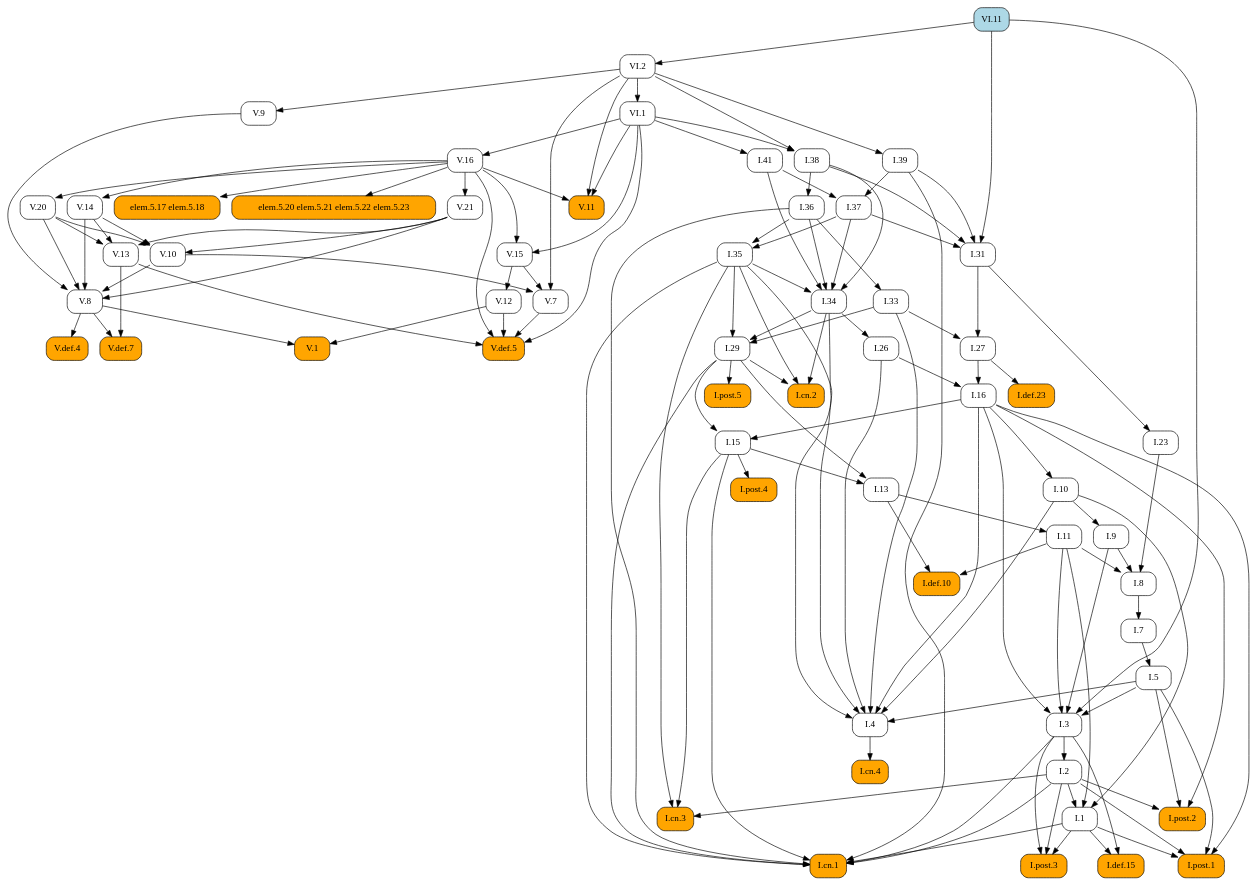
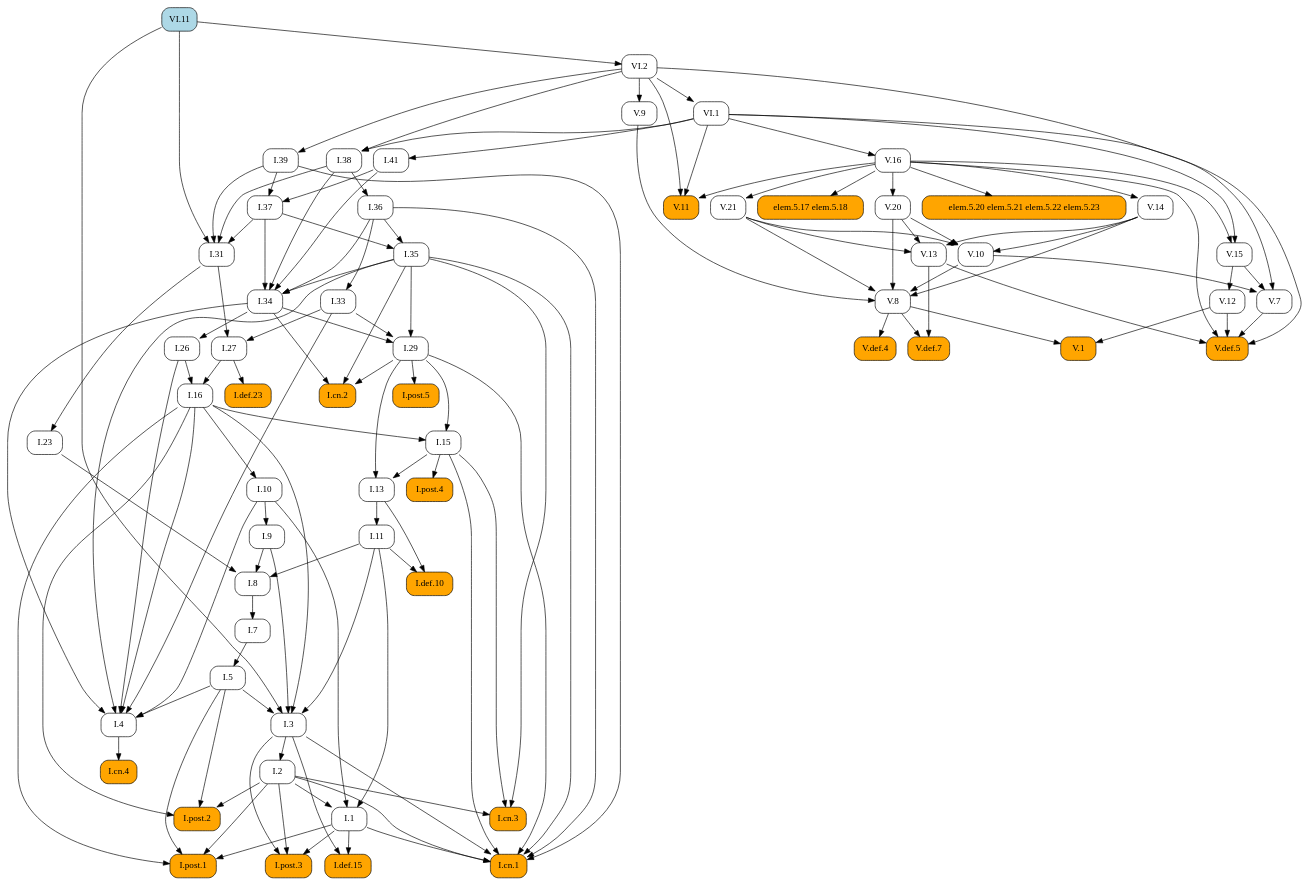
One commit to geometor/elements changed the diagram in docsrc/elements2/VI/11/index.rst. Above: the diagram before and after it, drawn with Graphviz. The commit also changed other lines of this file and 171 other files, not shown here.

```diff
--- a/docsrc/elements2/VI/11/index.rst
+++ b/docsrc/elements2/VI/11/index.rst
@@ -37,165 +37,137 @@
    digraph {
      rankdir="TB";
      node [shape=box, style=rounded];
-     "I.37" [URL="/elements2/I/37/", target="_top"];
+     "I.8" [URL="/elements2/I/8/", target="_top"];
+     "V.20" [URL="/elements2/V/20/", target="_top"];
+     "I.36" [URL="/elements2/I/36/", target="_top"];
+     "V.def.5" [style="rounded,filled", fillcolor=orange, URL="/elements2/V/def.5/", target="_top"];
+     "V.def.7" [style="rounded,filled", fillcolor=orange, URL="/elements2/V/def.7/", target="_top"];
+     "I.post.1" [style="rounded,filled", fillcolor=orange, URL="/elements2/I/post.1/", target="_top"];
+     "V.def.4" [style="rounded,filled", fillcolor=orange, URL="/elements2/V/def.4/", target="_top"];
+     "I.33" [URL="/elements2/I/33/", target="_top"];
+     "I.5" [URL="/elements2/I/5/", target="_top"];
+     "I.38" [URL="/elements2/I/38/", target="_top"];
      "elem.5.17 elem.5.18" [style="rounded,filled", fillcolor=orange];
+     "VI.1" [URL="/elements2/VI/1/", target="_top"];
+     "V.11" [style="rounded,filled", fillcolor=orange, URL="/elements2/V/11/", target="_top"];
+     "I.post.5" [style="rounded,filled", fillcolor=orange, URL="/elements2/I/post.5/", target="_top"];
+     "V.13" [URL="/elements2/V/13/", target="_top"];
+     "I.def.10" [style="rounded,filled", fillcolor=orange, URL="/elements2/I/def.10/", target="_top"];
+     "I.cn.2" [style="rounded,filled", fillcolor=orange, URL="/elements2/I/cn.2/", target="_top"];
+     "VI.11" [style="rounded,filled", fillcolor=lightblue, URL="/elements2/VI/11/", target="_top"];
+     "I.def.15" [style="rounded,filled", fillcolor=orange, URL="/elements2/I/def.15/", target="_top"];
+     "V.9" [URL="/elements2/V/9/", target="_top"];
+     "V.16" [URL="/elements2/V/16/", target="_top"];
+     "I.31" [URL="/elements2/I/31/", target="_top"];
+     "V.15" [URL="/elements2/V/15/", target="_top"];
+     "I.11" [URL="/elements2/I/11/", target="_top"];
+     "I.3" [URL="/elements2/I/3/", target="_top"];
+     "I.post.2" [style="rounded,filled", fillcolor=orange, URL="/elements2/I/post.2/", target="_top"];
+     "I.def.23" [style="rounded,filled", fillcolor=orange, URL="/elements2/I/def.23/", target="_top"];
+     "I.26" [URL="/elements2/I/26/", target="_top"];
+     "V.14" [URL="/elements2/V/14/", target="_top"];
+     "V.10" [URL="/elements2/V/10/", target="_top"];
+     "I.1" [URL="/elements2/I/1/", target="_top"];
+     "I.cn.3" [style="rounded,filled", fillcolor=orange, URL="/elements2/I/cn.3/", target="_top"];
+     "I.cn.4" [style="rounded,filled", fillcolor=orange, URL="/elements2/I/cn.4/", target="_top"];
+     "I.7" [URL="/elements2/I/7/", target="_top"];
+     "I.9" [URL="/elements2/I/9/", target="_top"];
      "V.7" [URL="/elements2/V/7/", target="_top"];
-     "I.def.10" [style="rounded,filled", fillcolor=orange, URL="/elements2/I/def.10/", target="_top"];
-     "I.34" [URL="/elements2/I/34/", target="_top"];
-     "I.def.15" [style="rounded,filled", fillcolor=orange, URL="/elements2/I/def.15/", target="_top"];
-     "V.def.5" [style="rounded,filled", fillcolor=orange, URL="/elements2/V/def.5/", target="_top"];
-     "I.post.3" [style="rounded,filled", fillcolor=orange, URL="/elements2/I/post.3/", target="_top"];
-     "I.cn.4" [style="rounded,filled", fillcolor=orange, URL="/elements2/I/cn.4/", target="_top"];
-     "V.def.7" [style="rounded,filled", fillcolor=orange, URL="/elements2/V/def.7/", target="_top"];
-     "I.41" [URL="/elements2/I/41/", target="_top"];
-     "VI.11" [style="rounded,filled", fillcolor=lightblue, URL="/elements2/VI/11/", target="_top"];
-     "I.36" [URL="/elements2/I/36/", target="_top"];
-     "I.27" [URL="/elements2/I/27/", target="_top"];
-     "V.10" [URL="/elements2/V/10/", target="_top"];
-     "I.post.2" [style="rounded,filled", fillcolor=orange, URL="/elements2/I/post.2/", target="_top"];
-     "I.13" [URL="/elements2/I/13/", target="_top"];
-     "I.10" [URL="/elements2/I/10/", target="_top"];
-     "I.post.1" [style="rounded,filled", fillcolor=orange, URL="/elements2/I/post.1/", target="_top"];
-     "I.7" [URL="/elements2/I/7/", target="_top"];
-     "V.15" [URL="/elements2/V/15/", target="_top"];
-     "V.14" [URL="/elements2/V/14/", target="_top"];
-     "I.11" [URL="/elements2/I/11/", target="_top"];
-     "I.4" [URL="/elements2/I/4/", target="_top"];
-     "V.13" [URL="/elements2/V/13/", target="_top"];
-     "V.16" [URL="/elements2/V/16/", target="_top"];
+     "I.cn.1" [style="rounded,filled", fillcolor=orange, URL="/elements2/I/cn.1/", target="_top"];
+     "I.29" [URL="/elements2/I/29/", target="_top"];
+     "I.16" [URL="/elements2/I/16/", target="_top"];
      "V.1" [style="rounded,filled", fillcolor=orange, URL="/elements2/V/1/", target="_top"];
-     "I.16" [URL="/elements2/I/16/", target="_top"];
-     "I.def.23" [style="rounded,filled", fillcolor=orange, URL="/elements2/I/def.23/", target="_top"];
+     "V.12" [URL="/elements2/V/12/", target="_top"];
      "V.21" [URL="/elements2/V/21/", target="_top"];
      "elem.5.20 elem.5.21 elem.5.22 elem.5.23" [style="rounded,filled", fillcolor=orange];
-     "I.9" [URL="/elements2/I/9/", target="_top"];
+     "I.41" [URL="/elements2/I/41/", target="_top"];
+     "I.35" [URL="/elements2/I/35/", target="_top"];
      "I.2" [URL="/elements2/I/2/", target="_top"];
-     "I.38" [URL="/elements2/I/38/", target="_top"];
+     "I.13" [URL="/elements2/I/13/", target="_top"];
+     "I.27" [URL="/elements2/I/27/", target="_top"];
+     "I.37" [URL="/elements2/I/37/", target="_top"];
+     "I.4" [URL="/elements2/I/4/", target="_top"];
+     "V.8" [URL="/elements2/V/8/", target="_top"];
+     "VI.2" [URL="/elements2/VI/2/", target="_top"];
+     "I.39" [URL="/elements2/I/39/", target="_top"];
+     "I.10" [URL="/elements2/I/10/", target="_top"];
+     "I.15" [URL="/elements2/I/15/", target="_top"];
+     "I.post.4" [style="rounded,filled", fillcolor=orange, URL="/elements2/I/post.4/", target="_top"];
+     "I.34" [URL="/elements2/I/34/", target="_top"];
      "I.23" [URL="/elements2/I/23/", target="_top"];
-     "I.8" [URL="/elements2/I/8/", target="_top"];
-     "I.15" [URL="/elements2/I/15/", target="_top"];
-     "VI.2" [URL="/elements2/VI/2/", target="_top"];
-     "I.26" [URL="/elements2/I/26/", target="_top"];
-     "I.cn.2" [style="rounded,filled", fillcolor=orange, URL="/elements2/I/cn.2/", target="_top"];
-     "I.post.5" [style="rounded,filled", fillcolor=orange, URL="/elements2/I/post.5/", target="_top"];
-     "VI.1" [URL="/elements2/VI/1/", target="_top"];
-     "I.1" [URL="/elements2/I/1/", target="_top"];
-     "I.35" [URL="/elements2/I/35/", target="_top"];
-     "V.def.4" [style="rounded,filled", fillcolor=orange, URL="/elements2/V/def.4/", target="_top"];
-     "V.11" [style="rounded,filled", fillcolor=orange, URL="/elements2/V/11/", target="_top"];
-     "V.12" [URL="/elements2/V/12/", target="_top"];
-     "I.33" [URL="/elements2/I/33/", target="_top"];
-     "I.31" [URL="/elements2/I/31/", target="_top"];
-     "I.post.4" [style="rounded,filled", fillcolor=orange, URL="/elements2/I/post.4/", target="_top"];
-     "I.39" [URL="/elements2/I/39/", target="_top"];
-     "I.cn.1" [style="rounded,filled", fillcolor=orange, URL="/elements2/I/cn.1/", target="_top"];
-     "I.3" [URL="/elements2/I/3/", target="_top"];
-     "I.cn.3" [style="rounded,filled", fillcolor=orange, URL="/elements2/I/cn.3/", target="_top"];
-     "V.9" [URL="/elements2/V/9/", target="_top"];
-     "I.29" [URL="/elements2/I/29/", target="_top"];
-     "I.5" [URL="/elements2/I/5/", target="_top"];
-     "V.8" [URL="/elements2/V/8/", target="_top"];
-     "V.20" [URL="/elements2/V/20/", target="_top"];
-     "I.39" -> "I.37";
-     "I.41" -> "I.37";
-     "V.16" -> "elem.5.17 elem.5.18";
-     "V.10" -> "V.7";
-     "V.15" -> "V.7";
-     "VI.2" -> "V.7";
-     "I.11" -> "I.def.10";
-     "I.13" -> "I.def.10";
-     "I.35" -> "I.34";
-     "I.36" -> "I.34";
-     "I.37" -> "I.34";
-     "I.38" -> "I.34";
-     "I.41" -> "I.34";
-     "I.1" -> "I.def.15";
-     "I.3" -> "I.def.15";
+     "I.post.3" [style="rounded,filled", fillcolor=orange, URL="/elements2/I/post.3/", target="_top"];
+     "I.9" -> "I.8";
+     "I.11" -> "I.8";
+     "I.23" -> "I.8";
+     "V.16" -> "V.20";
+     "I.38" -> "I.36";
      "V.7" -> "V.def.5";
      "V.12" -> "V.def.5";
      "V.13" -> "V.def.5";
      "V.16" -> "V.def.5";
      "VI.1" -> "V.def.5";
-     "I.1" -> "I.post.3";
-     "I.2" -> "I.post.3";
-     "I.3" -> "I.post.3";
-     "I.4" -> "I.cn.4";
      "V.8" -> "V.def.7";
      "V.13" -> "V.def.7";
-     "VI.1" -> "I.41";
-     "I.38" -> "I.36";
-     "I.31" -> "I.27";
-     "I.33" -> "I.27";
-     "V.14" -> "V.10";
-     "V.20" -> "V.10";
-     "V.21" -> "V.10";
-     "I.2" -> "I.post.2";
-     "I.5" -> "I.post.2";
-     "I.16" -> "I.post.2";
-     "I.15" -> "I.13";
-     "I.29" -> "I.13";
-     "I.16" -> "I.10";
      "I.1" -> "I.post.1";
      "I.2" -> "I.post.1";
      "I.5" -> "I.post.1";
      "I.16" -> "I.post.1";
-     "I.8" -> "I.7";
-     "V.16" -> "V.15";
-     "VI.1" -> "V.15";
-     "V.16" -> "V.14";
-     "I.13" -> "I.11";
-     "I.5" -> "I.4";
-     "I.10" -> "I.4";
-     "I.16" -> "I.4";
-     "I.26" -> "I.4";
-     "I.33" -> "I.4";
-     "I.34" -> "I.4";
-     "I.35" -> "I.4";
+     "V.8" -> "V.def.4";
+     "I.36" -> "I.33";
+     "I.7" -> "I.5";
+     "VI.1" -> "I.38";
+     "VI.2" -> "I.38";
+     "V.16" -> "elem.5.17 elem.5.18";
+     "VI.2" -> "VI.1";
+     "V.16" -> "V.11";
+     "VI.1" -> "V.11";
+     "VI.2" -> "V.11";
+     "I.29" -> "I.post.5";
      "V.14" -> "V.13";
      "V.20" -> "V.13";
      "V.21" -> "V.13";
-     "VI.1" -> "V.16";
-     "V.8" -> "V.1";
-     "V.12" -> "V.1";
-     "I.26" -> "I.16";
-     "I.27" -> "I.16";
-     "I.27" -> "I.def.23";
-     "V.16" -> "V.21";
-     "V.16" -> "elem.5.20 elem.5.21 elem.5.22 elem.5.23";
-     "I.10" -> "I.9";
-     "I.3" -> "I.2";
-     "VI.1" -> "I.38";
-     "VI.2" -> "I.38";
-     "I.31" -> "I.23";
-     "I.9" -> "I.8";
-     "I.11" -> "I.8";
-     "I.23" -> "I.8";
-     "I.16" -> "I.15";
-     "I.29" -> "I.15";
-     "VI.11" -> "VI.2";
-     "I.34" -> "I.26";
+     "I.11" -> "I.def.10";
+     "I.13" -> "I.def.10";
      "I.29" -> "I.cn.2";
      "I.34" -> "I.cn.2";
      "I.35" -> "I.cn.2";
-     "I.29" -> "I.post.5";
-     "VI.2" -> "VI.1";
-     "I.2" -> "I.1";
-     "I.10" -> "I.1";
-     "I.11" -> "I.1";
-     "I.36" -> "I.35";
-     "I.37" -> "I.35";
-     "V.8" -> "V.def.4";
-     "V.16" -> "V.11";
-     "VI.1" -> "V.11";
-     "VI.2" -> "V.11";
-     "V.15" -> "V.12";
-     "I.36" -> "I.33";
+     "I.1" -> "I.def.15";
+     "I.3" -> "I.def.15";
+     "VI.2" -> "V.9";
+     "VI.1" -> "V.16";
      "I.37" -> "I.31";
      "I.38" -> "I.31";
      "I.39" -> "I.31";
      "VI.11" -> "I.31";
-     "I.15" -> "I.post.4";
-     "VI.2" -> "I.39";
+     "V.16" -> "V.15";
+     "VI.1" -> "V.15";
+     "I.13" -> "I.11";
+     "I.5" -> "I.3";
+     "I.9" -> "I.3";
+     "I.11" -> "I.3";
+     "I.16" -> "I.3";
+     "VI.11" -> "I.3";
+     "I.2" -> "I.post.2";
+     "I.5" -> "I.post.2";
+     "I.16" -> "I.post.2";
+     "I.27" -> "I.def.23";
+     "I.34" -> "I.26";
+     "V.16" -> "V.14";
+     "V.14" -> "V.10";
+     "V.20" -> "V.10";
+     "V.21" -> "V.10";
+     "I.2" -> "I.1";
+     "I.10" -> "I.1";
+     "I.11" -> "I.1";
+     "I.2" -> "I.cn.3";
+     "I.15" -> "I.cn.3";
+     "I.35" -> "I.cn.3";
+     "I.4" -> "I.cn.4";
+     "I.8" -> "I.7";
+     "I.10" -> "I.9";
+     "V.10" -> "V.7";
+     "V.15" -> "V.7";
+     "VI.2" -> "V.7";
      "I.1" -> "I.cn.1";
      "I.2" -> "I.cn.1";
      "I.3" -> "I.cn.1";
@@ -204,23 +176,51 @@
      "I.35" -> "I.cn.1";
      "I.36" -> "I.cn.1";
      "I.39" -> "I.cn.1";
-     "I.5" -> "I.3";
-     "I.9" -> "I.3";
-     "I.11" -> "I.3";
-     "I.16" -> "I.3";
-     "VI.11" -> "I.3";
-     "I.2" -> "I.cn.3";
-     "I.15" -> "I.cn.3";
-     "I.35" -> "I.cn.3";
-     "VI.2" -> "V.9";
      "I.33" -> "I.29";
      "I.34" -> "I.29";
      "I.35" -> "I.29";
-     "I.7" -> "I.5";
+     "I.26" -> "I.16";
+     "I.27" -> "I.16";
+     "V.8" -> "V.1";
+     "V.12" -> "V.1";
+     "V.15" -> "V.12";
+     "V.16" -> "V.21";
+     "V.16" -> "elem.5.20 elem.5.21 elem.5.22 elem.5.23";
+     "VI.1" -> "I.41";
+     "I.36" -> "I.35";
+     "I.37" -> "I.35";
+     "I.3" -> "I.2";
+     "I.15" -> "I.13";
+     "I.29" -> "I.13";
+     "I.31" -> "I.27";
+     "I.33" -> "I.27";
+     "I.39" -> "I.37";
+     "I.41" -> "I.37";
+     "I.5" -> "I.4";
+     "I.10" -> "I.4";
+     "I.16" -> "I.4";
+     "I.26" -> "I.4";
+     "I.33" -> "I.4";
+     "I.34" -> "I.4";
+     "I.35" -> "I.4";
      "V.9" -> "V.8";
      "V.10" -> "V.8";
      "V.14" -> "V.8";
      "V.20" -> "V.8";
      "V.21" -> "V.8";
-     "V.16" -> "V.20";
+     "VI.11" -> "VI.2";
+     "VI.2" -> "I.39";
+     "I.16" -> "I.10";
+     "I.16" -> "I.15";
+     "I.29" -> "I.15";
+     "I.15" -> "I.post.4";
+     "I.35" -> "I.34";
+     "I.36" -> "I.34";
+     "I.37" -> "I.34";
+     "I.38" -> "I.34";
+     "I.41" -> "I.34";
+     "I.31" -> "I.23";
+     "I.1" -> "I.post.3";
+     "I.2" -> "I.post.3";
+     "I.3" -> "I.post.3";
    }
```
